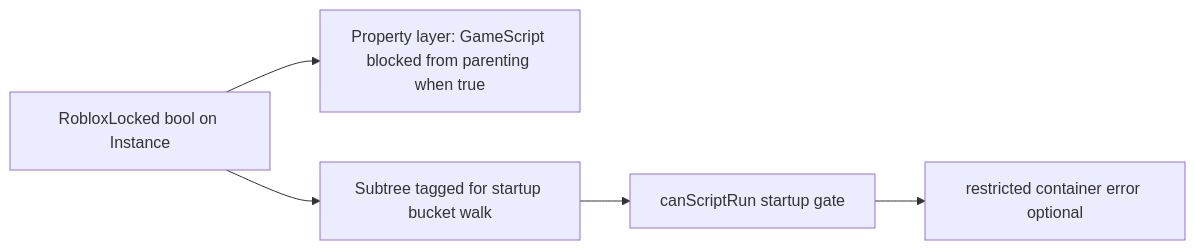
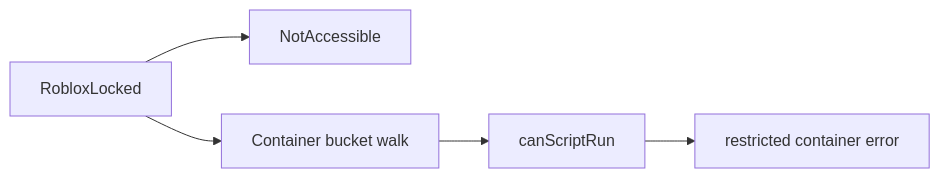
The first of 3 diagrams in RobloxLocked Analysis.md (IAmSeveralPeople/SylveLabs-Analysis), drawn with Mermaid before and after one commit. The commit also changed other lines of this file, not shown here.

Commit message:
Update RobloxLocked Analysis.md

````diff
--- a/RobloxLocked Analysis.md
+++ b/RobloxLocked Analysis.md
@@ -21,8 +18,8 @@
 ```mermaid
 flowchart LR
-    RL[RobloxLocked bool on Instance]
-    RL --> PROP[Property layer: GameScript blocked from parenting when true]
-    RL --> TAG[Subtree tagged for startup bucket walk]
-    TAG --> GATE[canScriptRun startup gate]
-    GATE --> ERR[restricted container error optional]
+    RL[RobloxLocked]
+    RL --> VIS[NotAccessible]
+    RL --> BUCKET[Container bucket walk]
+    BUCKET --> GATE[canScriptRun]
+    GATE --> ERR[restricted container error]
 ```
````
